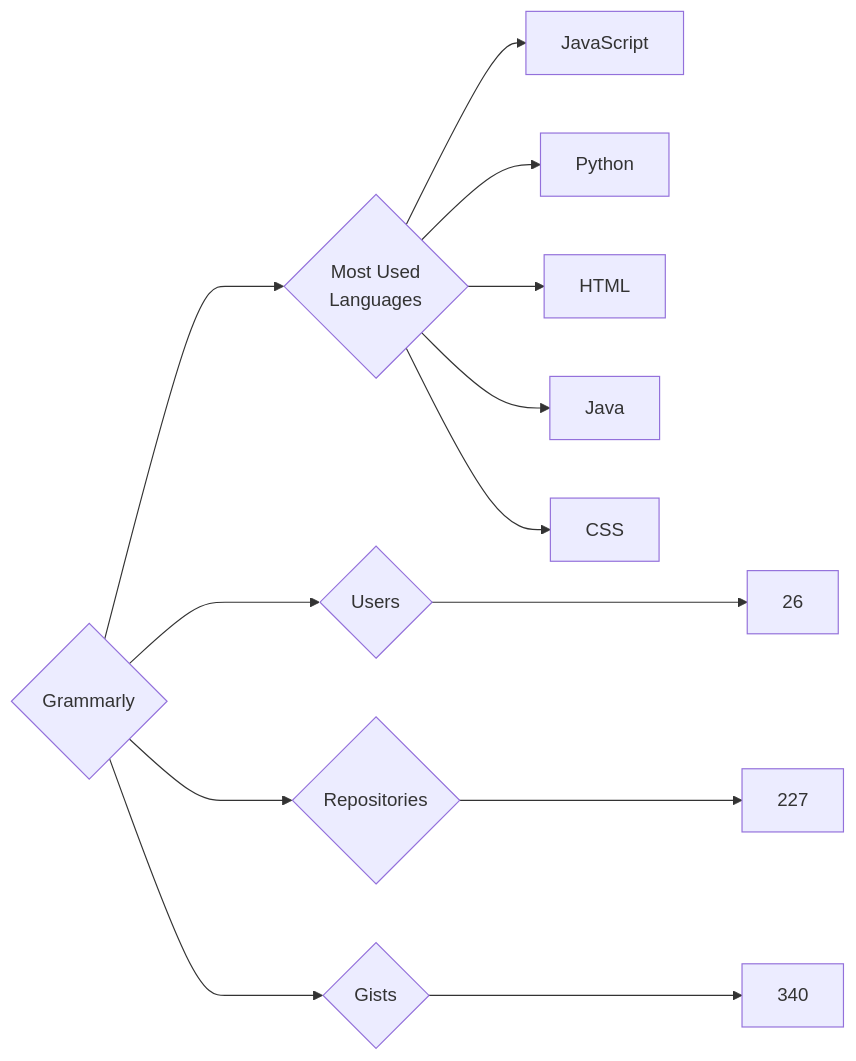
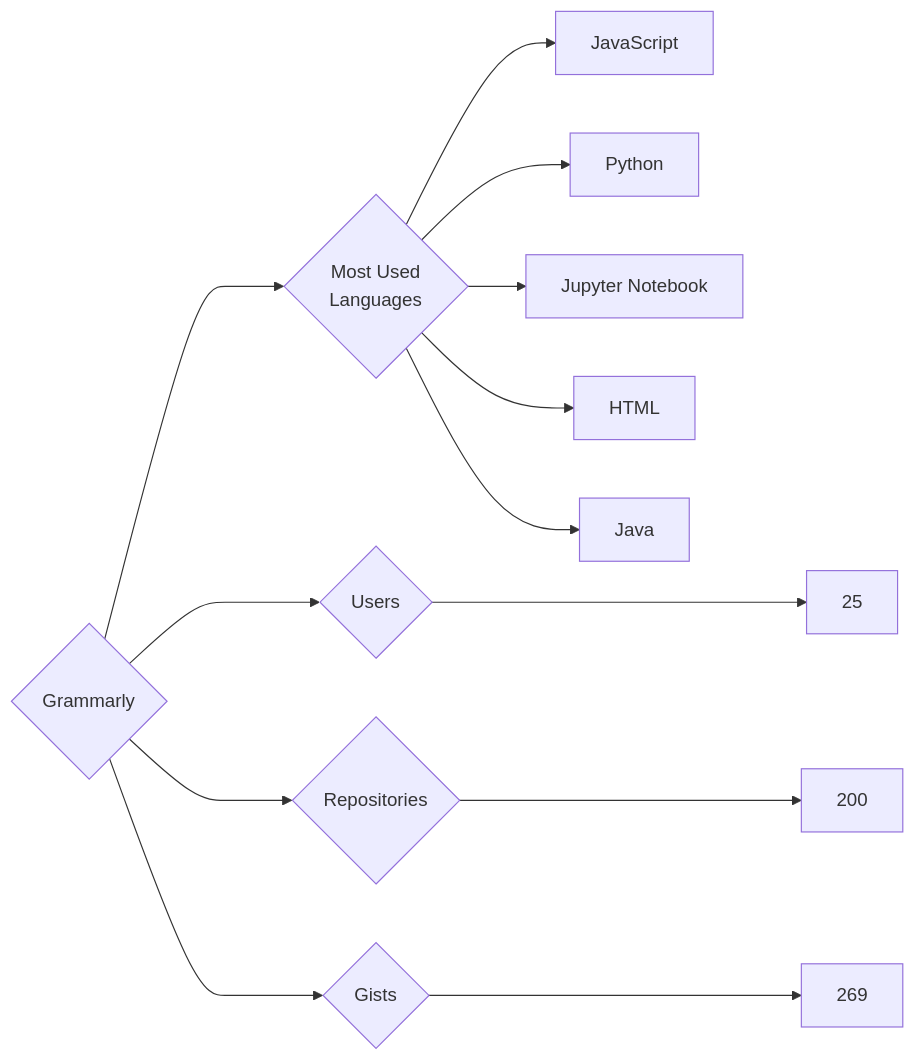
The diagram in targets/Grammarly/README.md (trickest/insiders), drawn with Mermaid before and after one commit. The commit also changed 872 other files, not shown here.

````diff
--- a/targets/Grammarly/README.md
+++ b/targets/Grammarly/README.md
@@ -3,13 +3,13 @@
 ```mermaid
 graph LR
 COMPANY_NAME{Grammarly}
-COMPANY_NAME ---> U{Users} ---> UN[26]
-COMPANY_NAME ---> R{Repositories} ---> RN[227]
-COMPANY_NAME ---> G{Gists} ---> GN[340]
+COMPANY_NAME ---> U{Users} ---> UN[25]
+COMPANY_NAME ---> R{Repositories} ---> RN[200]
+COMPANY_NAME ---> G{Gists} ---> GN[269]
 COMPANY_NAME ---> ML{Most Used<br>Languages}
 ML --> JavaScript[JavaScript]
 ML --> Python[Python]
+ML --> Jupyter_Notebook[Jupyter Notebook]
 ML --> HTML[HTML]
 ML --> Java[Java]
-ML --> CSS[CSS]
 ```
````
